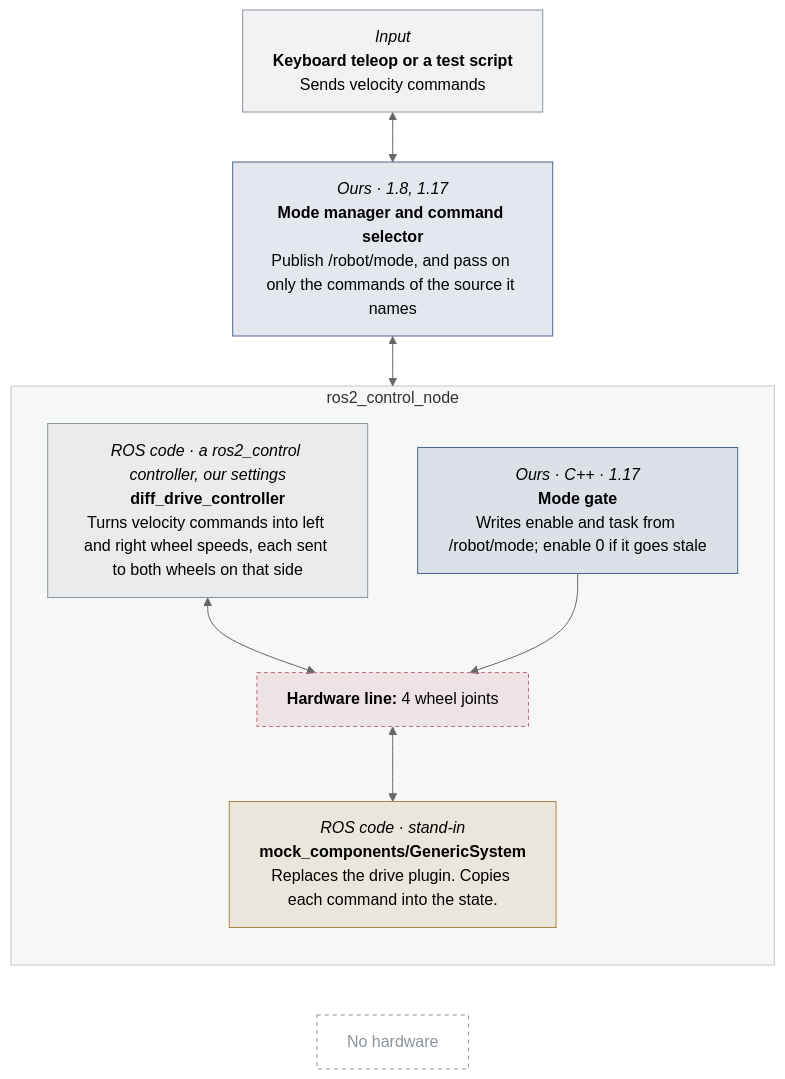
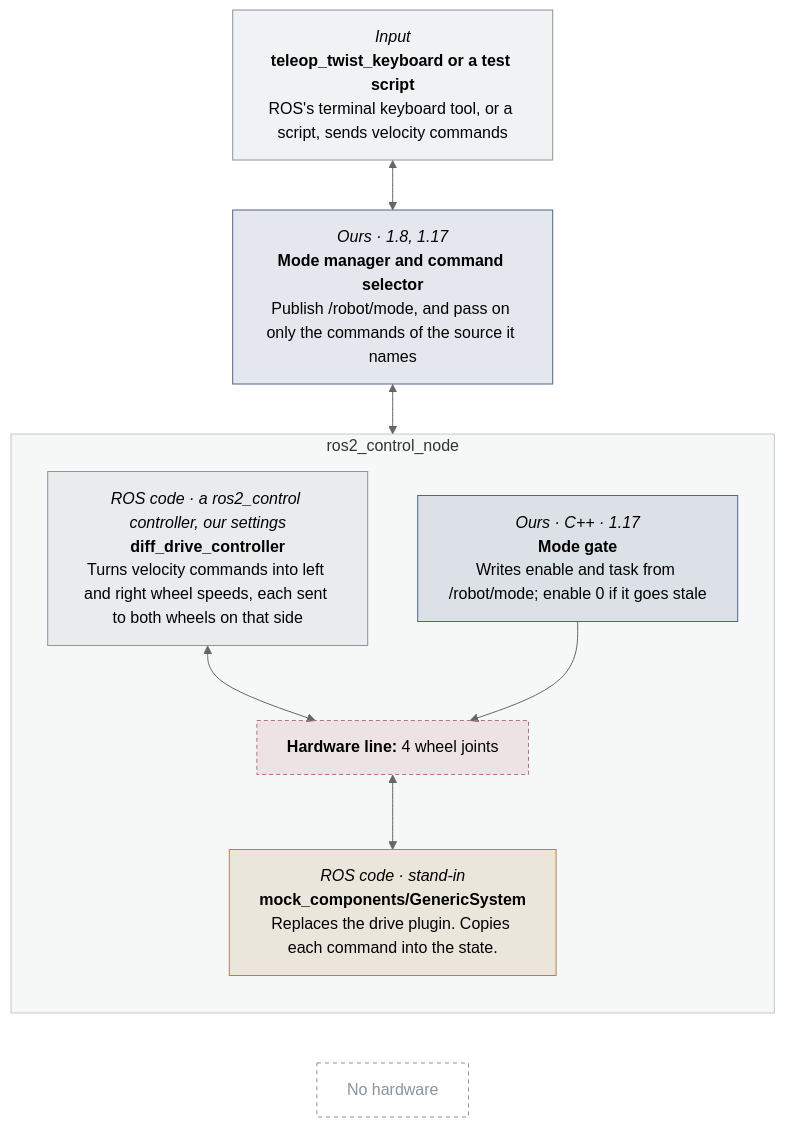
The first of 30 diagrams in docs/design/hardware-test-modes.md (STAR-Robotics-Team/starrt-luna-software), drawn with Mermaid (neutral theme) before and after one commit. The commit also changed other lines of this file, not shown here.

First line of the commit message:
Name the real input and mapping nodes in the test-mode diagrams

````diff
--- a/docs/design/hardware-test-modes.md
+++ b/docs/design/hardware-test-modes.md
@@ -74,46 +74,46 @@
 ```mermaid
 ---
 config:
   flowchart:
     wrappingWidth: 260
 ---
 flowchart TB
   b1["`*Input*
-**Keyboard teleop or a test script**
-Sends velocity commands`"]
+**teleop_twist_keyboard or a test script**
+ROS's terminal keyboard tool, or a script, sends velocity commands`"]
   b2["`*Ours · 1.8, 1.17*
 **Mode manager and command selector**
 Publish /robot/mode, and pass on only the commands of the source it names`"]
   subgraph grp4["ros2_control_node"]
     direction TB
     bgate["`*Ours · C++ · 1.17*
 **Mode gate**
 Writes enable and task from /robot/mode; enable 0 if it goes stale`"]
     b3["`*ROS code · a ros2_control controller, our settings*
 **diff_drive_controller**
 Turns velocity commands into left and right wheel speeds, each sent to both wheels on that side`"]
     line5["`**Hardware line:** 4 wheel joints`"]
     b6["`*ROS code · stand-in*
 **mock_components/GenericSystem**
 Replaces the drive plugin. Copies each command into the state.`"]
     b3 <--> line5
     bgate --> line5
     line5 <--> b6
   end
   none7["No hardware"]
   b1 <--> b2
   b2 <--> grp4
   grp4 ~~~ none7
   classDef ours fill:#4c669026,stroke:#4c6690
   classDef ros fill:#8b939c1f,stroke:#8b939c
   classDef stand fill:#b0844526,stroke:#b08445
   classDef hw fill:#4a725926,stroke:#4a7259
   classDef hwline fill:#b9707c26,stroke:#b9707c,stroke-dasharray:4 3
   classDef ghost fill:none,stroke:#8b939c,stroke-dasharray:4 4,color:#8b939c
   class b1,b3 ros
   class b2,bgate ours
   class line5 hwline
   class b6 stand
   class none7 ghost
   style grp4 fill:#8b939c14,stroke:#8b939c80
 ```
````
